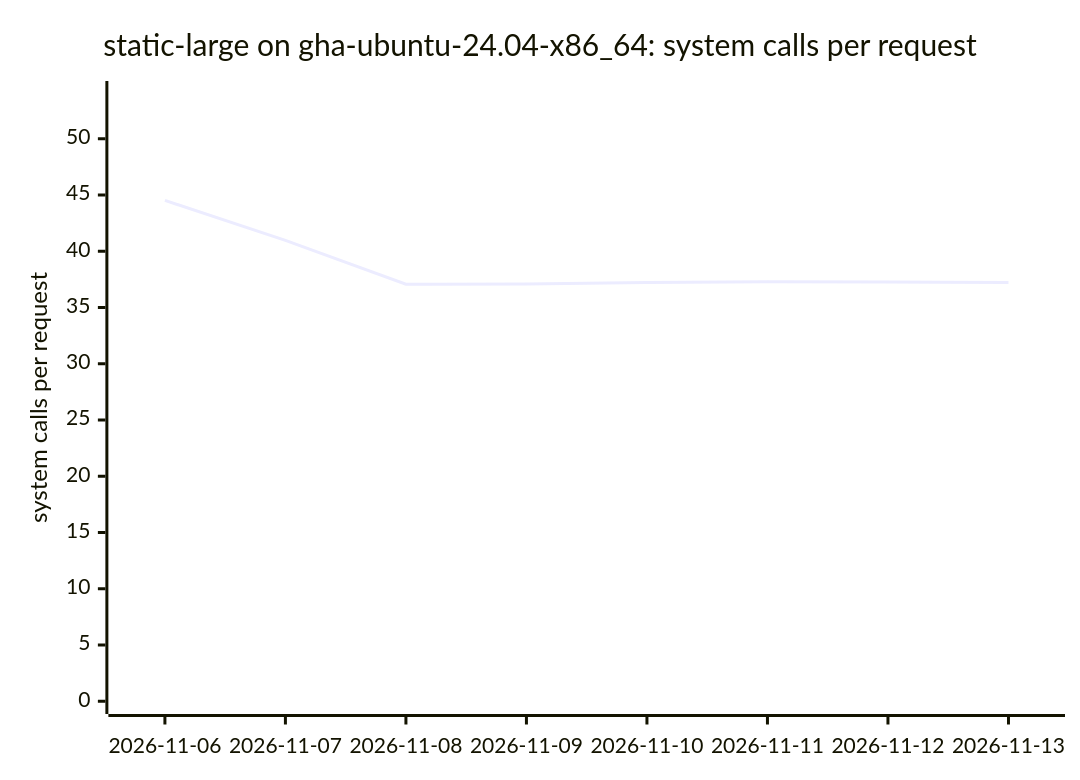
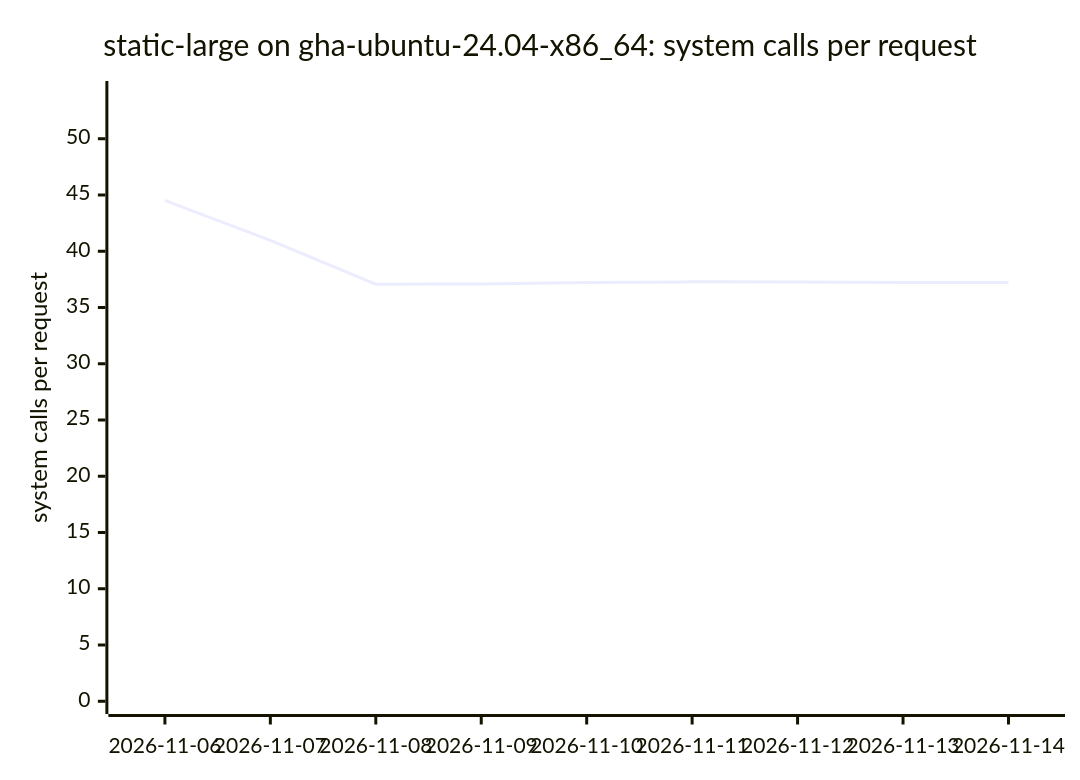
Before and after one commit to ThePixelPilgrim/durchlauferhitzer: diagram 11 of 18 in BENCHMARKS.md, drawn with Mermaid. The commit also changed other lines of this file and 1 other file, not shown here.

````diff
--- a/BENCHMARKS.md
+++ b/BENCHMARKS.md
@@ -128,7 +128,7 @@
 ```mermaid
 xychart-beta
   title "static-large on gha-ubuntu-24.04-x86_64: system calls per request"
-  x-axis ["2026-11-06", "2026-11-07", "2026-11-08", "2026-11-09", "2026-11-10", "2026-11-11", "2026-11-12", "2026-11-13"]
+  x-axis ["2026-11-06", "2026-11-07", "2026-11-08", "2026-11-09", "2026-11-10", "2026-11-11", "2026-11-12", "2026-11-13", "2026-11-14"]
   y-axis "system calls per request" 0 --> 54
-  line [44.52, 40.96, 37.07, 37.09, 37.22, 37.28, 37.27, 37.23]
+  line [44.52, 40.96, 37.07, 37.09, 37.22, 37.28, 37.27, 37.23, 37.22]
 ```
````
